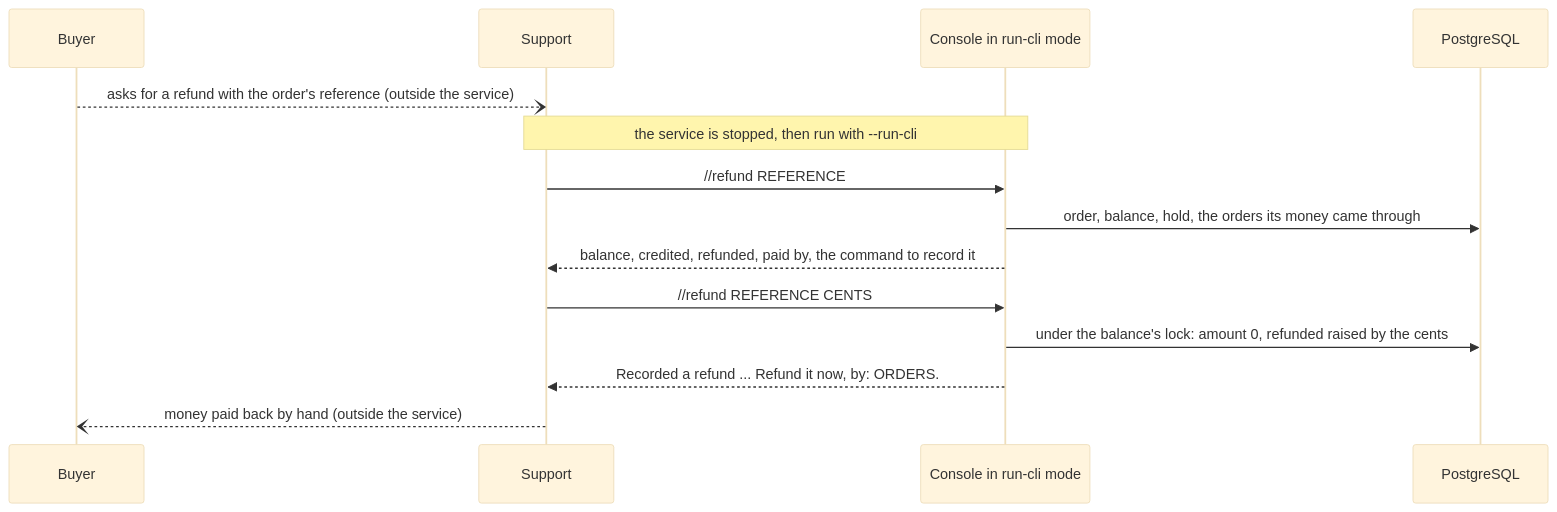
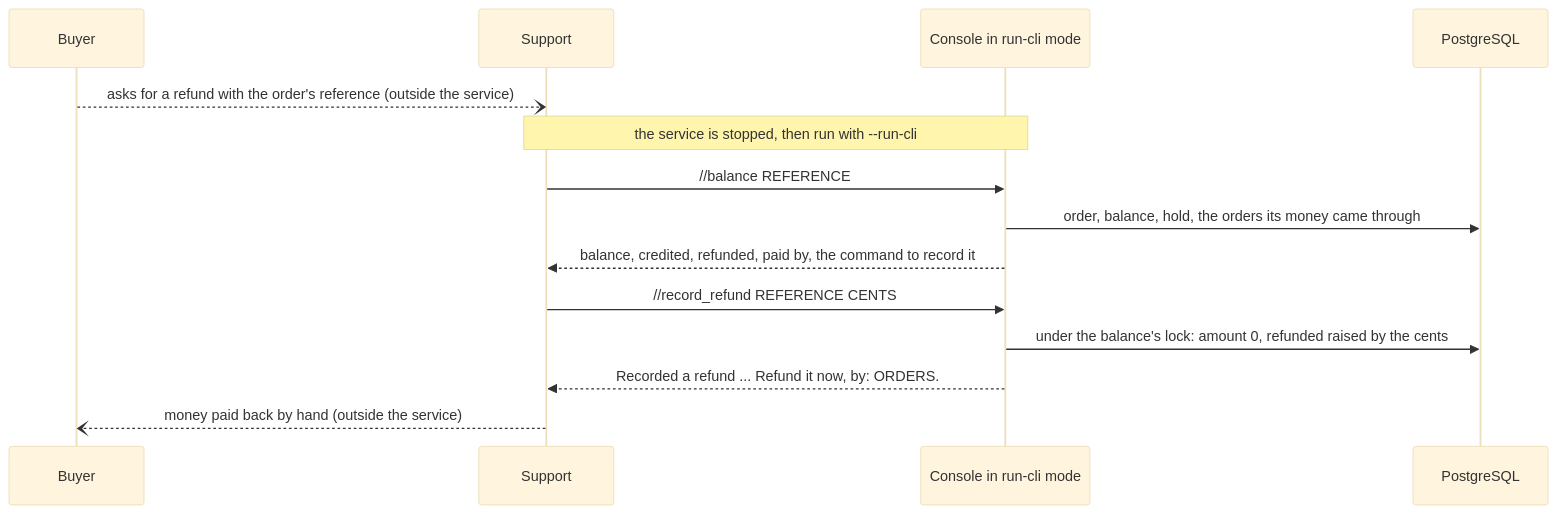
Before and after one commit to simplex-chat/simplex-chat: diagram 11 of 14 in apps/simplex-store-service/docs/names.md, drawn with Mermaid (base theme). The commit also changed other lines of this file and 9 other files, not shown here.

````diff
--- a/apps/simplex-store-service/docs/names.md
+++ b/apps/simplex-store-service/docs/names.md
@@ -501,16 +501,16 @@
 ```mermaid
 sequenceDiagram
   participant B as Buyer
   participant O as Support
   participant C as Console in run-cli mode
   participant D as PostgreSQL
   B--)O: asks for a refund with the order's reference (outside the service)
   Note over O,C: the service is stopped, then run with --run-cli
-  O->>C: //refund REFERENCE
+  O->>C: //balance REFERENCE
   C->>D: order, balance, hold, the orders its money came through
   C-->>O: balance, credited, refunded, paid by, the command to record it
-  O->>C: //refund REFERENCE CENTS
+  O->>C: //record_refund REFERENCE CENTS
   C->>D: under the balance's lock: amount 0, refunded raised by the cents
   C-->>O: Recorded a refund ... Refund it now, by: ORDERS.
   O--)B: money paid back by hand (outside the service)
 ```
````
